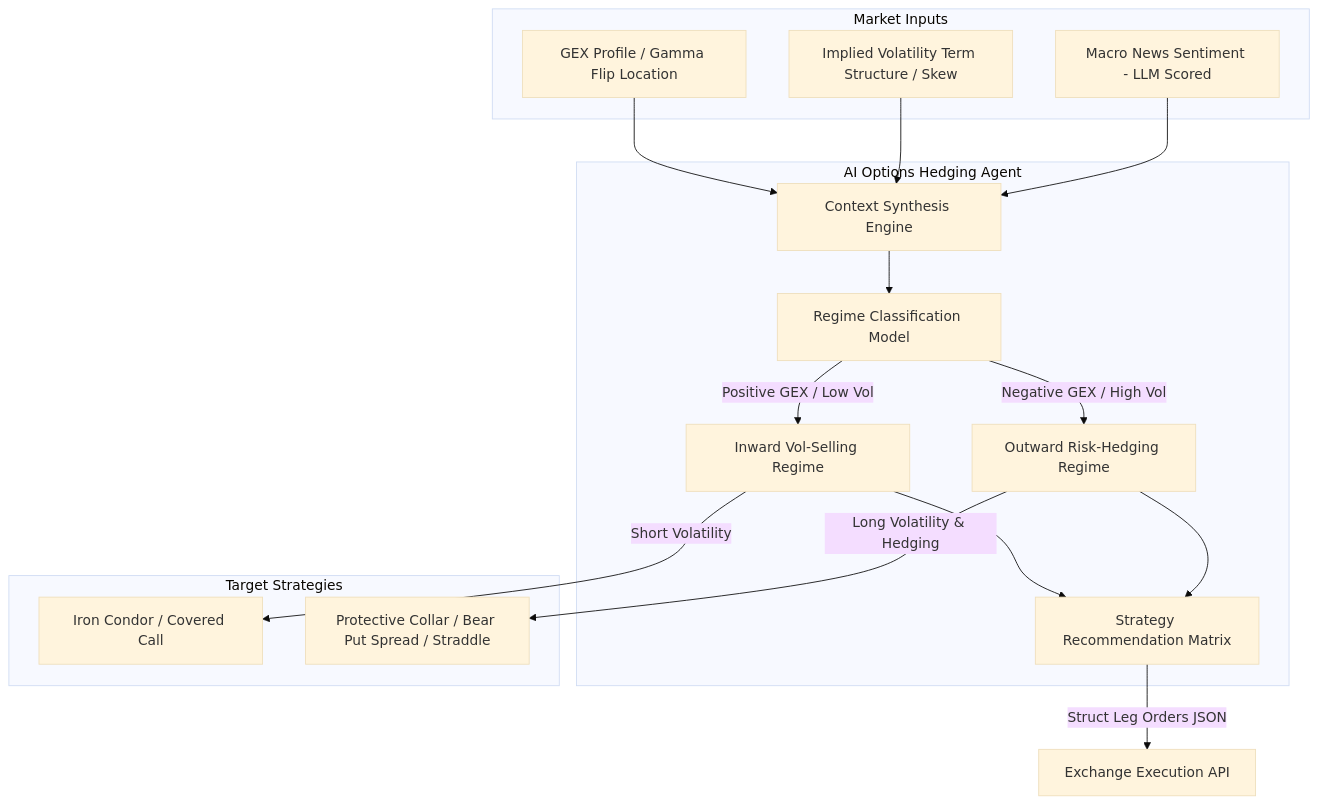
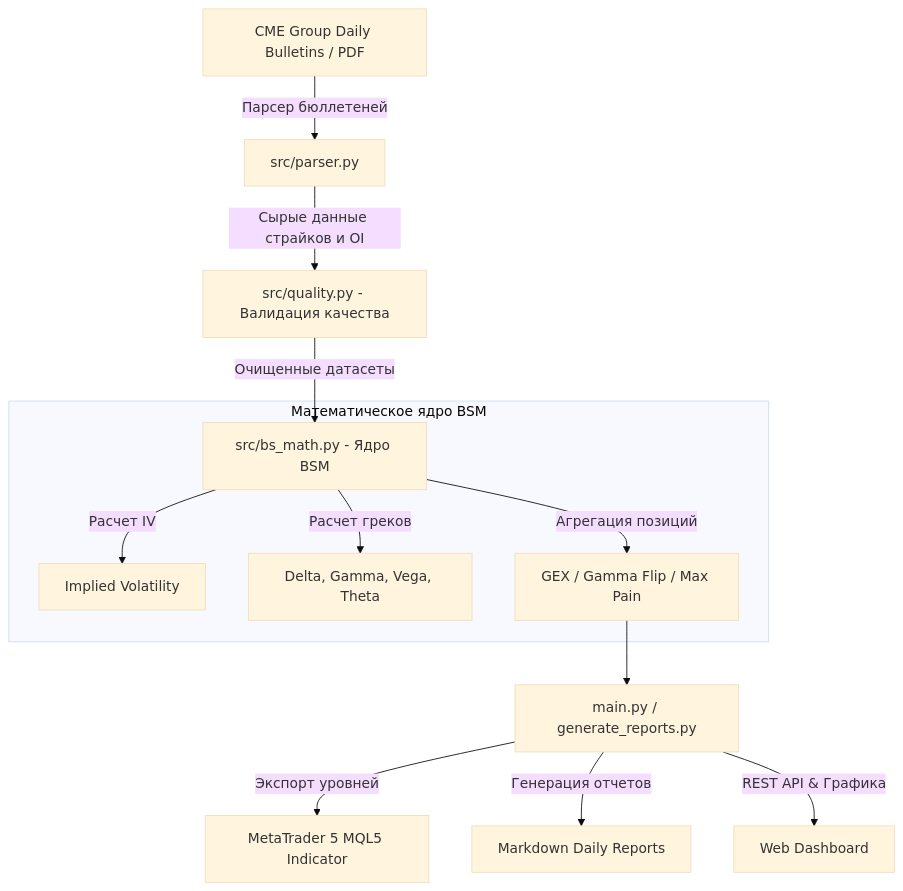
One commit to circlealgorythm/Options changed the diagram in README.md. Above: the diagram before and after it, drawn with Mermaid (base theme). The commit also changed other lines of this file, not shown here.

Commit message:
docs: update README.md in Russian with math model, installation and setup guides

````diff
--- a/README.md
+++ b/README.md
@@ -71,27 +33,17 @@
 ```mermaid
 flowchart TD
-    subgraph Market ["Market Inputs"]
-        A[GEX Profile / Gamma Flip Location]
-        B[Implied Volatility Term Structure / Skew]
-        C[Macro News Sentiment - LLM Scored]
+    A[CME Group Daily Bulletins / PDF] -->|Парсер бюллетеней| B[src/parser.py]
+    B -->|Сырые данные страйков и OI| C[src/quality.py - Валидация качества]
+    C -->|Очищенные датасеты| D[src/bs_math.py - Ядро BSM]
+    
+    subgraph MathEngine ["Математическое ядро BSM"]
+        D -->|Расчет IV| E[Implied Volatility]
+        D -->|Расчет греков| F[Delta, Gamma, Vega, Theta]
+        D -->|Агрегация позиций| G[GEX / Gamma Flip / Max Pain]
     end
-
-    subgraph Agent ["AI Options Hedging Agent"]
-        D[Context Synthesis Engine]
-        E[Regime Classification Model]
-        F[Strategy Recommendation Matrix]
-        
-        A & B & C --> D
-        D --> E
-        E -->|Positive GEX / Low Vol| G[Inward Vol-Selling Regime]
-        E -->|Negative GEX / High Vol| H[Outward Risk-Hedging Regime]
-    end
-
-    subgraph Execution ["Target Strategies"]
-        G -->|Short Volatility| I[Iron Condor / Covered Call]
-        H -->|Long Volatility & Hedging| J[Protective Collar / Bear Put Spread / Straddle]
-    end
-
-    G & H --> F
-    F -->|Struct Leg Orders JSON| K[Exchange Execution API]
+    
+    G --> H[main.py / generate_reports.py]
+    H -->|Экспорт уровней| I[MetaTrader 5 MQL5 Indicator]
+    H -->|Генерация отчетов| J[Markdown Daily Reports]
+    H -->|REST API & Графика| K[Web Dashboard]
 ```
````
